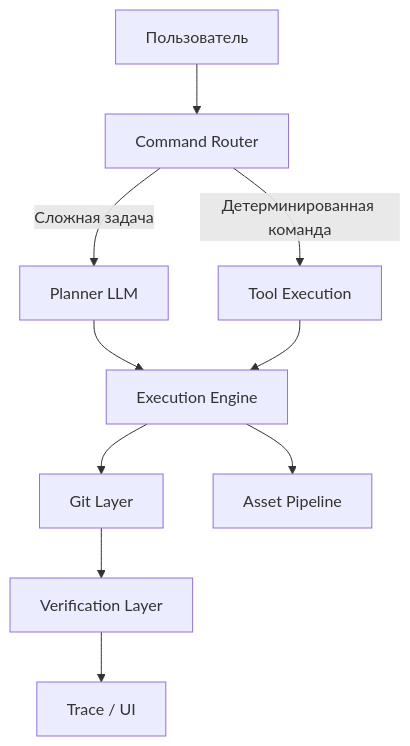
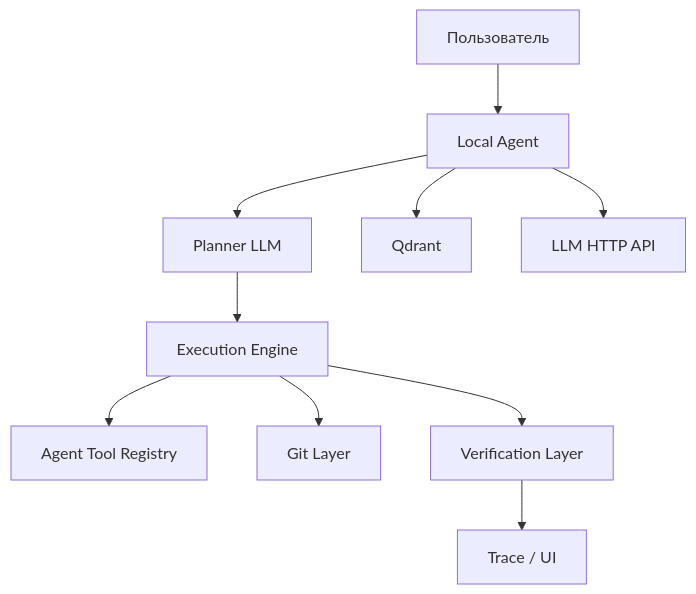
Before and after one commit to Roman-Ch-32/new_agent: the first of 4 diagrams in контекст.md, drawn with Mermaid. The commit also changed other lines of this file and 10 other files, not shown here.

````diff
--- a/контекст.md
+++ b/контекст.md
@@ -15,15 +11,12 @@
-``` mermaid
+```mermaid
 flowchart TD
-    U[Пользователь] --> R[Command Router]
-    R -->|Детерминированная команда| T[Tool Execution]
-    R -->|Сложная задача| P[Planner LLM]
-
+    U[Пользователь] --> A[Local Agent]
+    A --> P[Planner LLM]
     P --> E[Execution Engine]
-    T --> E
-
+    E --> T[Agent Tool Registry]
     E --> G[Git Layer]
-    G --> V[Verification Layer]
+    E --> V[Verification Layer]
     V --> UI[Trace / UI]
-
-    E --> A[Asset Pipeline]
+    A --> Q[Qdrant]
+    A --> L[LLM HTTP API]
 ```
````
